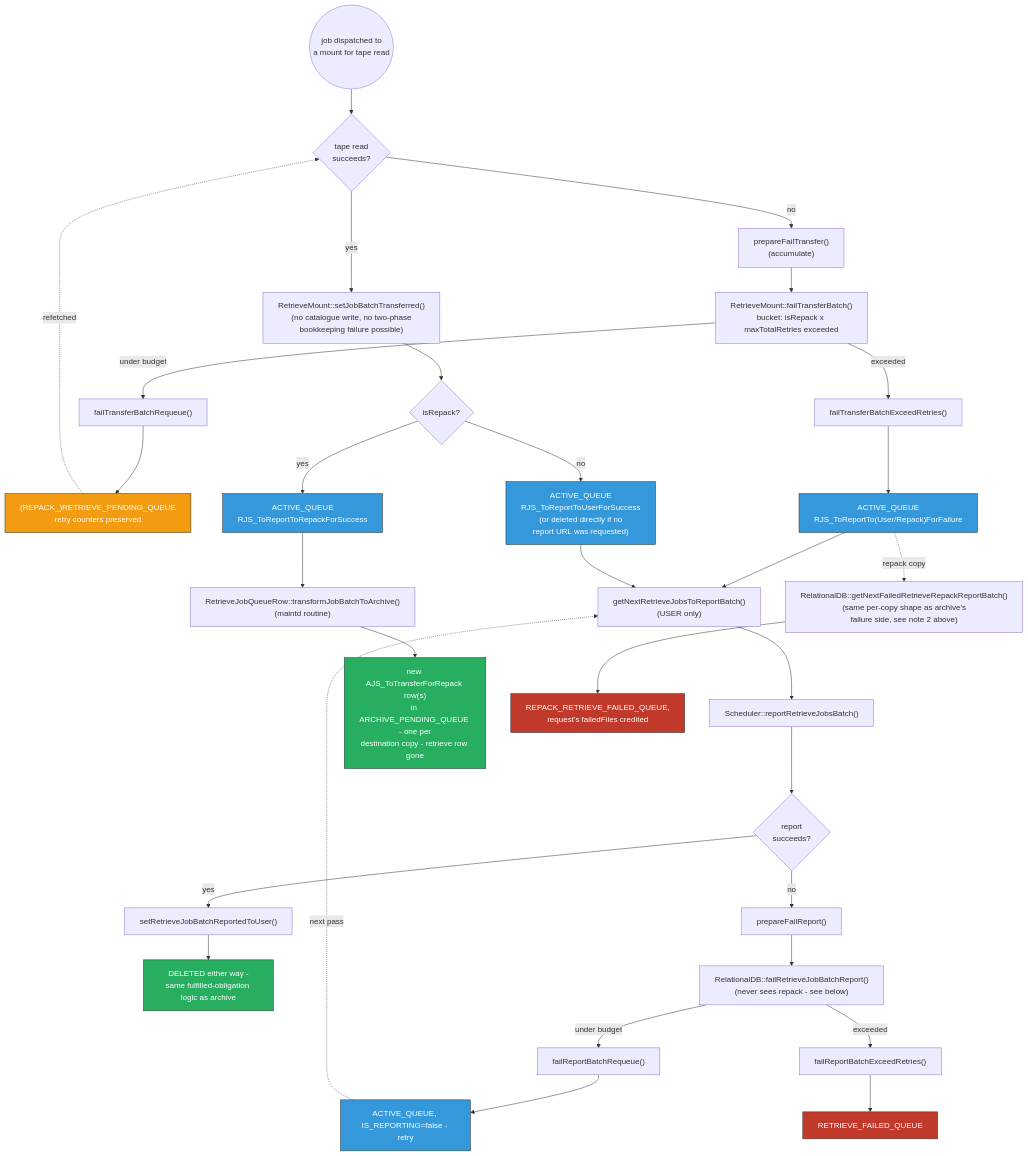
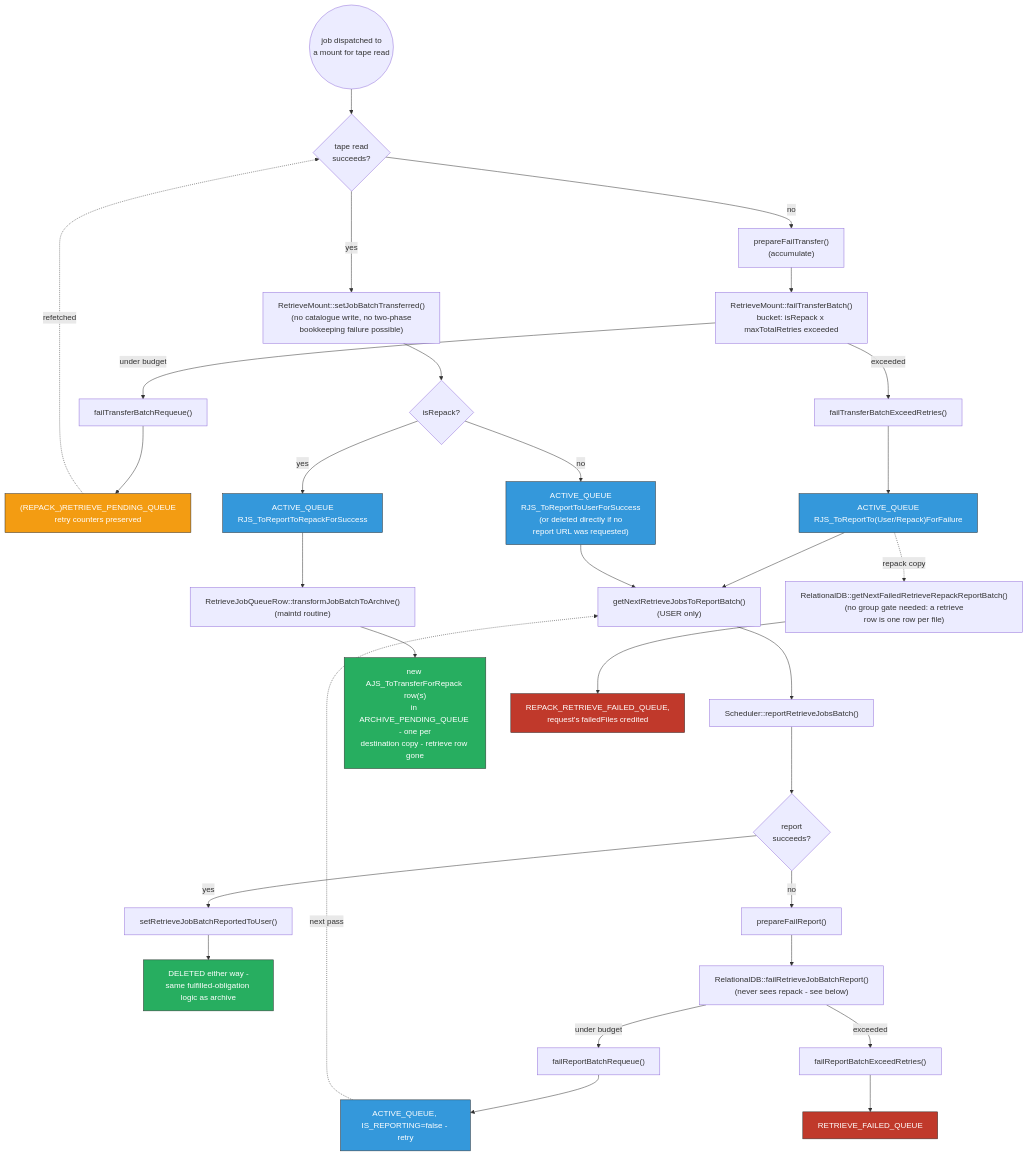
Before and after one commit to cern-cta/CTA: the fourth of 4 diagrams in docs/content/dev/internals/shared-state/scheduler-db/postgresql/failure-handling.md, drawn with Mermaid. The commit also changed other lines of this file, not shown here.

````diff
--- a/docs/content/dev/internals/shared-state/scheduler-db/postgresql/failure-handling.md
+++ b/docs/content/dev/internals/shared-state/scheduler-db/postgresql/failure-handling.md
@@ -271,46 +392,46 @@
 ```mermaid
 flowchart TB
     START(("job dispatched to\na mount for tape read")) --> XFER{"tape read\nsucceeds?"}
 
     XFER -- no --> PFT["prepareFailTransfer()\n(accumulate)"]
     PFT --> FTB["RetrieveMount::failTransferBatch()\nbucket: isRepack x maxTotalRetries exceeded"]
     FTB -- under budget --> FTR["failTransferBatchRequeue()"]
     FTR --> PENDING["(REPACK_)RETRIEVE_PENDING_QUEUE\nretry counters preserved"]
     PENDING -. refetched .-> XFER
     FTB -- exceeded --> FTE["failTransferBatchExceedRetries()"]
     FTE --> TOREPORTFAIL["ACTIVE_QUEUE\nRJS_ToReportTo(User/Repack)ForFailure"]
 
     XFER -- yes --> SJBT["RetrieveMount::setJobBatchTransferred()\n(no catalogue write, no two-phase\nbookkeeping failure possible)"]
     SJBT --> SPLIT{isRepack?}
     SPLIT -- no --> TOREPORTOK["ACTIVE_QUEUE\nRJS_ToReportToUserForSuccess\n(or deleted directly if no\nreport URL was requested)"]
     SPLIT -- yes --> REPACKOK["ACTIVE_QUEUE\nRJS_ToReportToRepackForSuccess"]
 
     TOREPORTFAIL --> GETBATCH["getNextRetrieveJobsToReportBatch()\n(USER only)"]
     TOREPORTOK --> GETBATCH
     GETBATCH --> EOSCALL["Scheduler::reportRetrieveJobsBatch()"]
     EOSCALL --> EOSOK{"report\nsucceeds?"}
     EOSOK -- yes --> SETREPORTED["setRetrieveJobBatchReportedToUser()"]
     SETREPORTED --> DEL["DELETED either way -\nsame fulfilled-obligation logic as archive"]
     EOSOK -- no --> PFR["prepareFailReport()"]
     PFR --> FRB["RelationalDB::failRetrieveJobBatchReport()\n(never sees repack - see below)"]
     FRB -- under budget --> FRR["failReportBatchRequeue()"]
     FRR --> RETRY["ACTIVE_QUEUE, IS_REPORTING=false - retry"]
     RETRY -. next pass .-> GETBATCH
     FRB -- exceeded --> FRE["failReportBatchExceedRetries()"]
     FRE --> FAILEDQ["RETRIEVE_FAILED_QUEUE"]
 
     REPACKOK --> TRANSFORM["RetrieveJobQueueRow::transformJobBatchToArchive()\n(maintd routine)"]
     TRANSFORM --> NEWARCHIVE["new AJS_ToTransferForRepack row(s)\nin ARCHIVE_PENDING_QUEUE - one per\ndestination copy - retrieve row gone"]
-    TOREPORTFAIL -. repack copy .-> REPACKFAIL2["RelationalDB::getNextFailedRetrieveRepackReportBatch()\n(same per-copy shape as archive's\nfailure side, see note 2 above)"]
+    TOREPORTFAIL -. repack copy .-> REPACKFAIL2["RelationalDB::getNextFailedRetrieveRepackReportBatch()\n(no group gate needed: a retrieve\nrow is one row per file)"]
     REPACKFAIL2 --> REPACKFAILQ2["REPACK_RETRIEVE_FAILED_QUEUE,\nrequest's failedFiles credited"]
 
     classDef pending fill:#f39c12,color:#fff,stroke:#333;
     classDef active fill:#3498db,color:#fff,stroke:#333;
     classDef okterm fill:#27ae60,color:#fff,stroke:#333;
     classDef failterm fill:#c0392b,color:#fff,stroke:#333;
 
     class PENDING pending;
     class TOREPORTFAIL,TOREPORTOK,REPACKOK,RETRY active;
     class DEL,NEWARCHIVE okterm;
     class FAILEDQ,REPACKFAILQ2 failterm;
 ```
````
